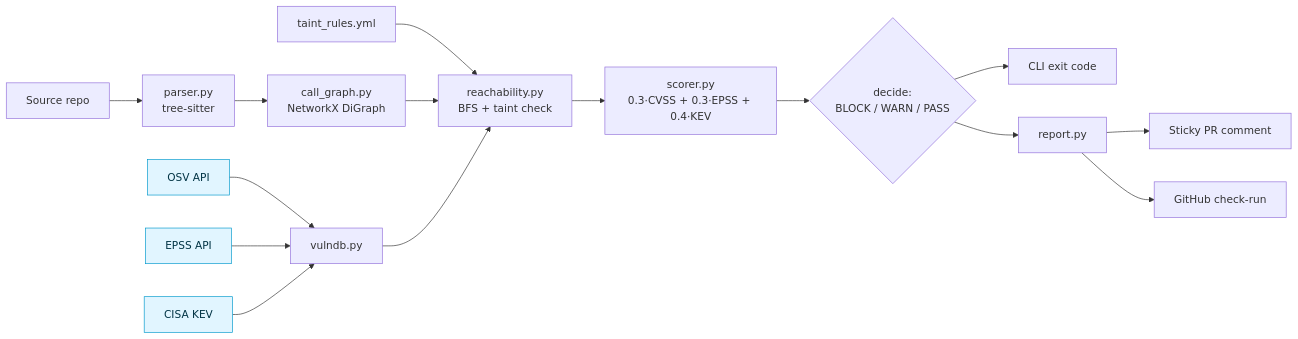
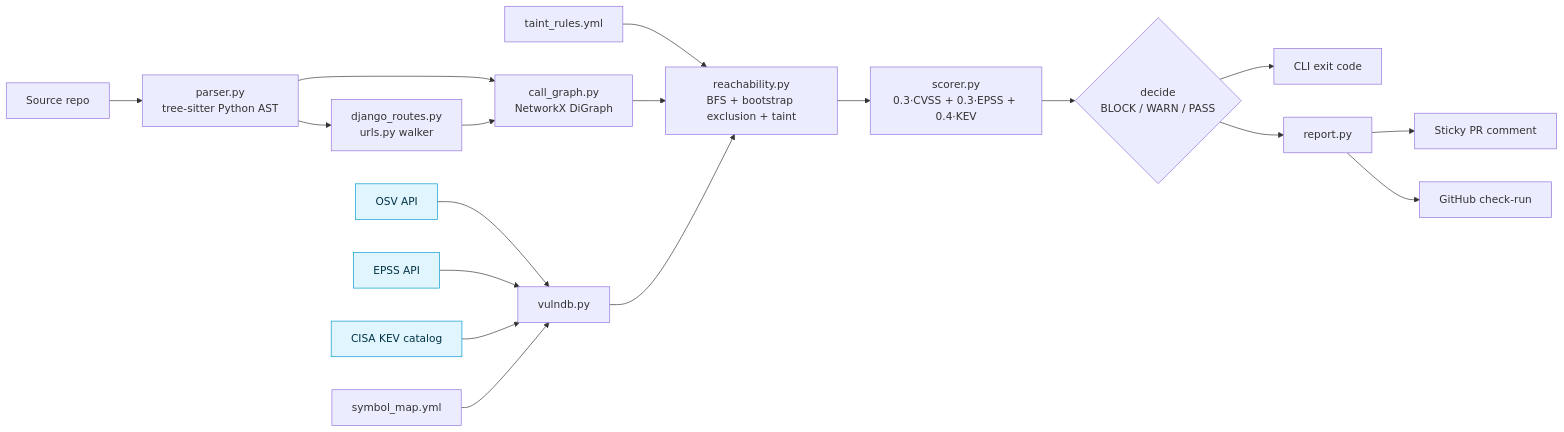
Before and after one commit to Malatesh0811/reachable-cve: the first of 2 diagrams in README.md, drawn with Mermaid. The commit also changed other lines of this file and 10 other files, not shown here.

Commit message:
feat: Django-aware reachability analysis and PyGoat benchmark

````diff
--- a/README.md
+++ b/README.md
@@ -147,20 +45,23 @@
 ```mermaid
 flowchart LR
-  src[Source repo] --> P[parser.py<br/>tree-sitter]
+  src[Source repo] --> P[parser.py<br/>tree-sitter Python AST]
   P --> CG[call_graph.py<br/>NetworkX DiGraph]
+  P --> DJ[django_routes.py<br/>urls.py walker]
+  DJ --> CG
   OSV[OSV API] --> VDB[vulndb.py]
   EPSS[EPSS API] --> VDB
-  KEV[CISA KEV] --> VDB
-  TR[taint_rules.yml] --> R[reachability.py<br/>BFS + taint check]
+  KEV[CISA KEV catalog] --> VDB
+  SM[symbol_map.yml] --> VDB
+  TR[taint_rules.yml] --> R[reachability.py<br/>BFS + bootstrap exclusion + taint]
   CG --> R
   VDB --> R
   R --> S[scorer.py<br/>0.3·CVSS + 0.3·EPSS + 0.4·KEV]
-  S --> D{decide:<br/>BLOCK / WARN / PASS}
+  S --> D{decide<br/>BLOCK / WARN / PASS}
   D --> CLI[CLI exit code]
   D --> Rep[report.py]
   Rep --> Comment[Sticky PR comment]
   Rep --> Check[GitHub check-run]
 
   classDef cached fill:#e1f5ff,stroke:#0099cc,color:#003344
   class OSV,EPSS,KEV cached
 ```
````
